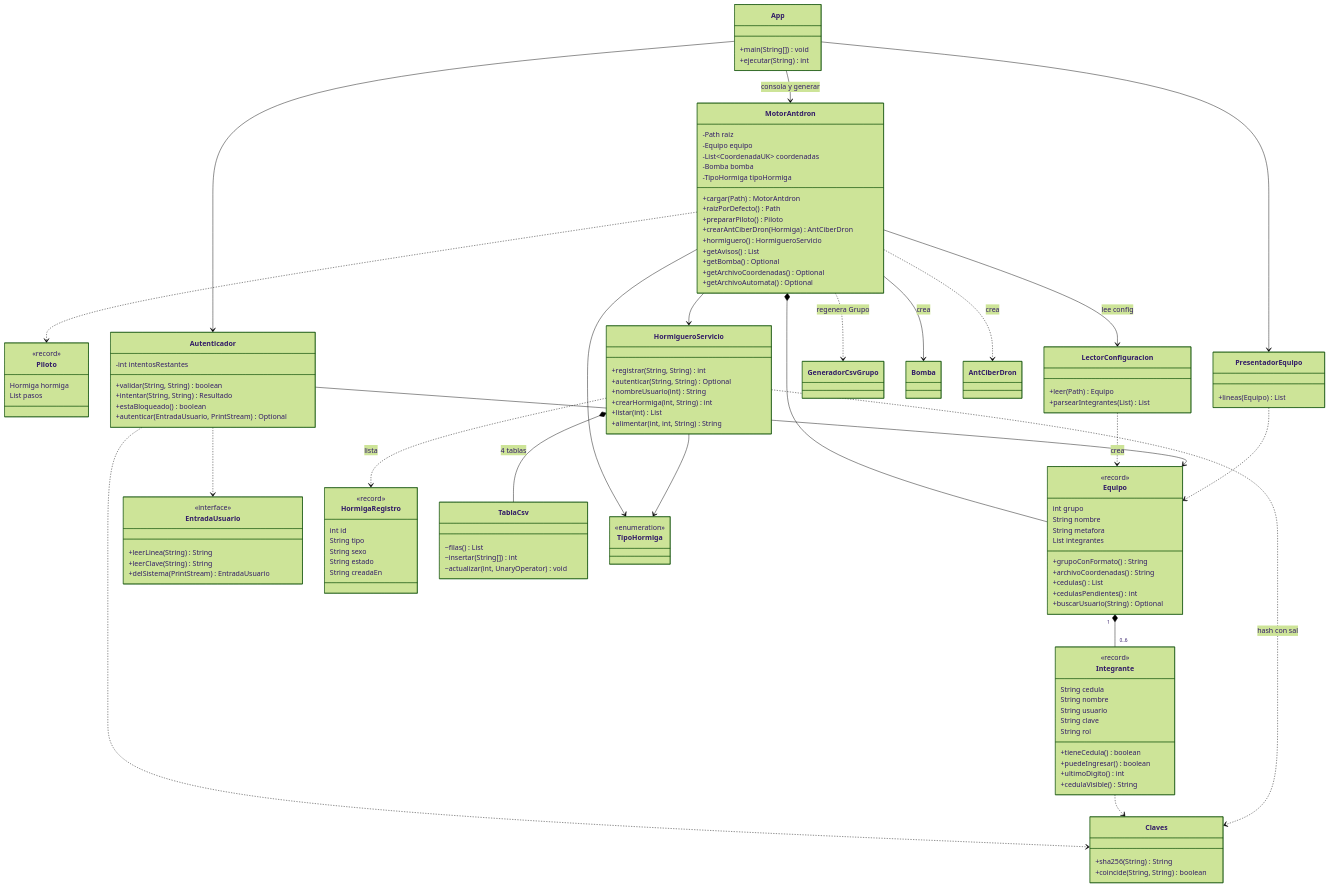
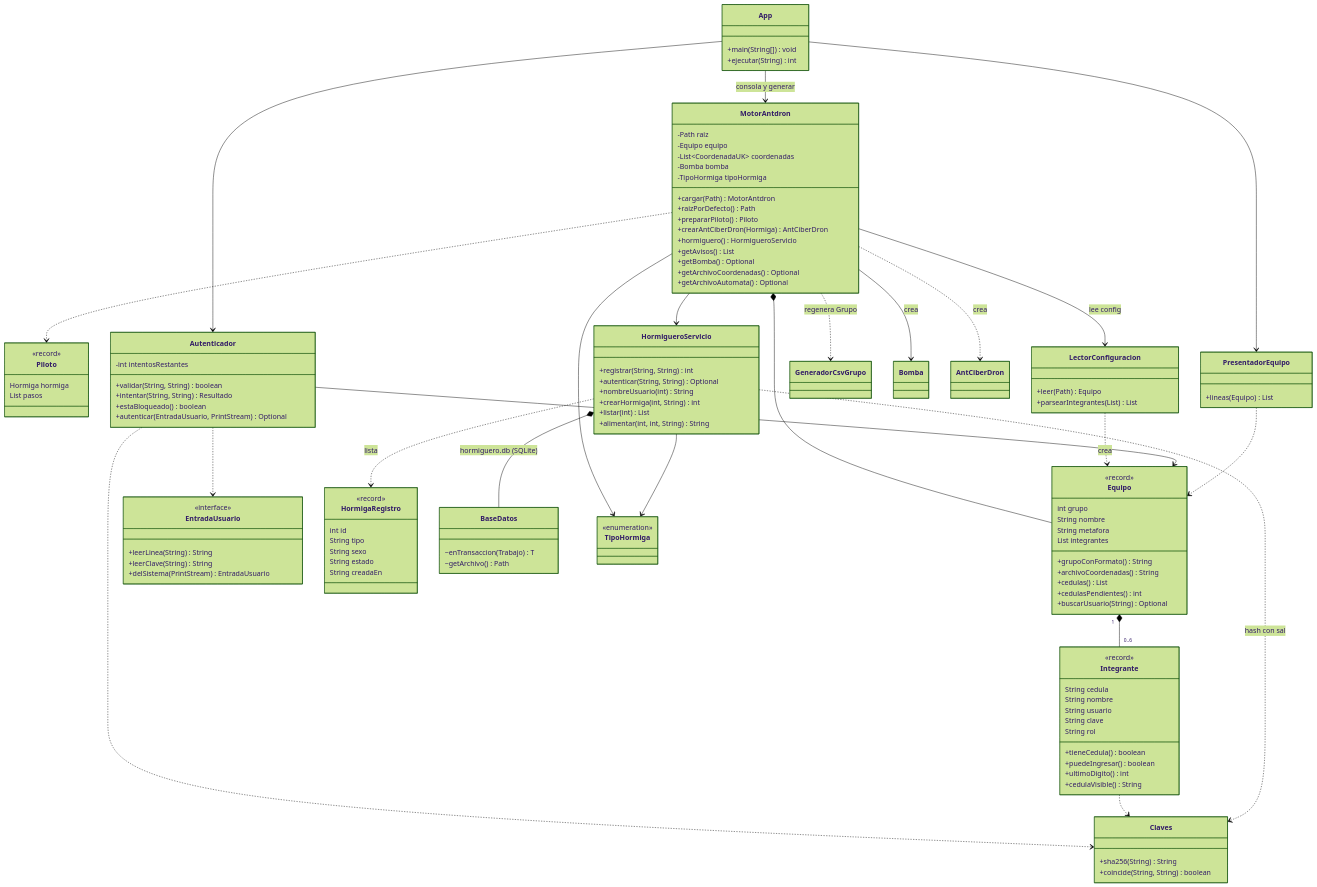
One commit to papasfritasovo1997-cyber/Prueba-Hop changed the fourth of 8 diagrams in docs/diagramas/clases.md. Above: the diagram before and after it, drawn with Mermaid (forest theme). The commit also changed 19 other files, not shown here.

```diff
--- a/docs/diagramas/clases.md
+++ b/docs/diagramas/clases.md
@@ -415,10 +415,9 @@
         String estado
         String creadaEn
     }
-    class TablaCsv {
-        ~filas() List
-        ~insertar(String[]) int
-        ~actualizar(int, UnaryOperator) void
+    class BaseDatos {
+        ~enTransaccion(Trabajo) T
+        ~getArchivo() Path
     }
     class GeneradorCsvGrupo
     class Bomba
@@ -445,7 +444,7 @@
     Autenticador ..> Claves
     Integrante ..> Claves
     PresentadorEquipo ..> Equipo
-    HormigueroServicio *-- TablaCsv : 4 tablas
+    HormigueroServicio *-- BaseDatos : hormiguero.db (SQLite)
     HormigueroServicio ..> HormigaRegistro : lista
     HormigueroServicio ..> Claves : hash con sal
     HormigueroServicio --> TipoHormiga
```
